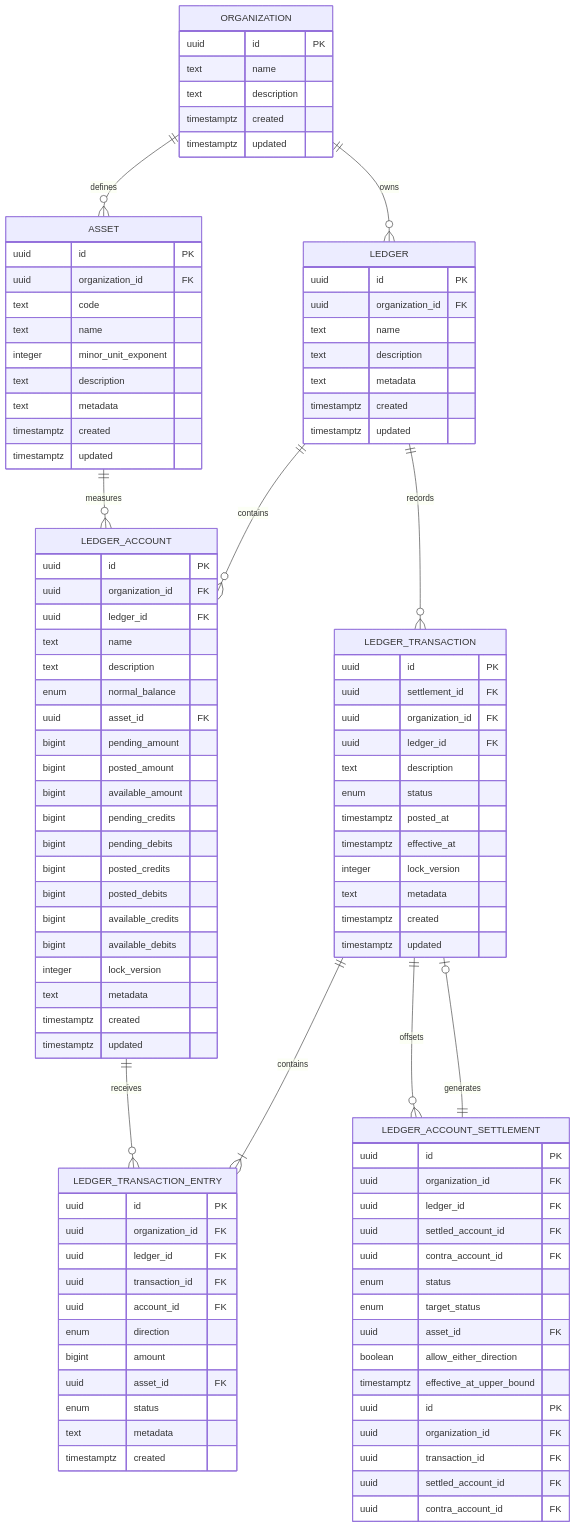
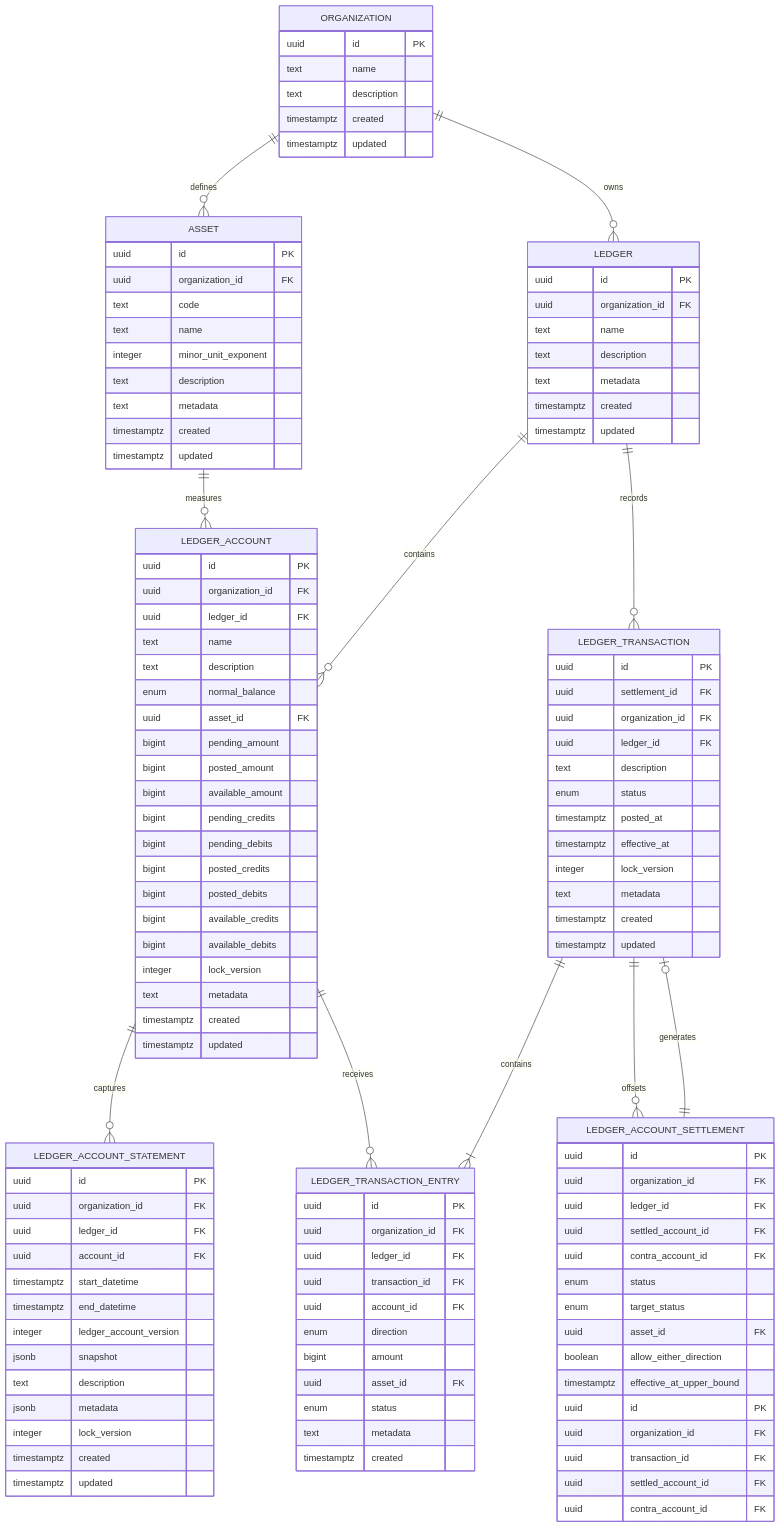
The diagram in apps/api/docs/product/erd.md (martinffx/exchequerio), drawn with Mermaid before and after one commit. The commit also changed other lines of this file and 16 other files, not shown here.

```diff
--- a/apps/api/docs/product/erd.md
+++ b/apps/api/docs/product/erd.md
@@ -112,6 +112,23 @@
 
     ORGANIZATION ||--o{ ASSET : defines
     ASSET ||--o{ LEDGER_ACCOUNT : measures
+    LEDGER_ACCOUNT_STATEMENT {
+        uuid id PK
+        uuid organization_id FK
+        uuid ledger_id FK
+        uuid account_id FK
+        timestamptz start_datetime
+        timestamptz end_datetime
+        integer ledger_account_version
+        jsonb snapshot
+        text description
+        jsonb metadata
+        integer lock_version
+        timestamptz created
+        timestamptz updated
+    }
+
+    LEDGER_ACCOUNT ||--o{ LEDGER_ACCOUNT_STATEMENT : captures
     ORGANIZATION ||--o{ LEDGER : owns
     LEDGER ||--o{ LEDGER_ACCOUNT : contains
     LEDGER ||--o{ LEDGER_TRANSACTION : records
```
